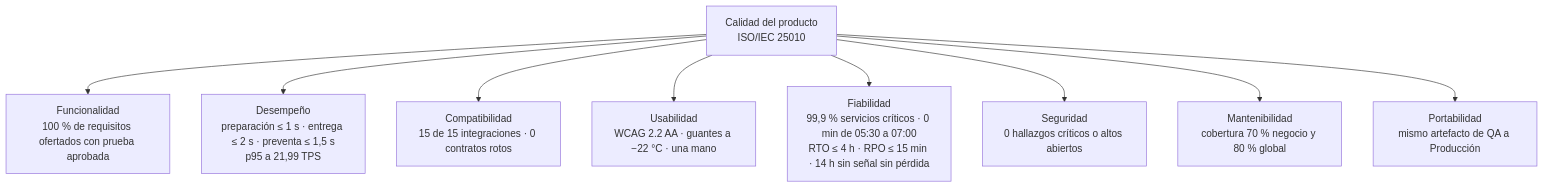
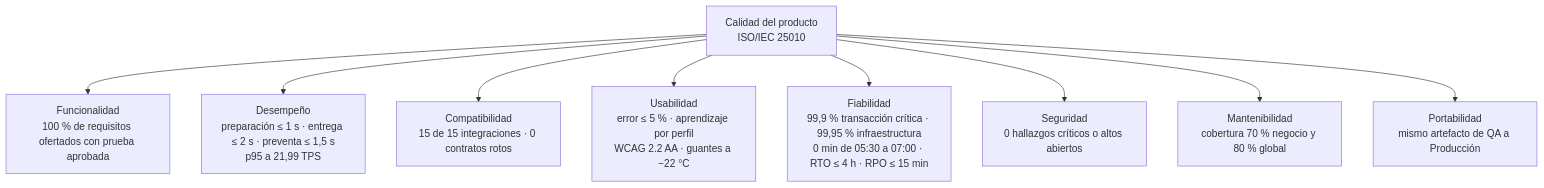
One commit to PatricioH315/LafroX changed the second of 9 diagrams in 09_plan_calidad/v_nueva/LAFROX-Subdocumento9.md. Above: the diagram before and after it, drawn with Mermaid. The commit also changed other lines of this file and 16 other files, not shown here.

````diff
--- a/09_plan_calidad/v_nueva/LAFROX-Subdocumento9.md
+++ b/09_plan_calidad/v_nueva/LAFROX-Subdocumento9.md
@@ -136,12 +136,12 @@
 ```mermaid
 flowchart TD
     Q["Calidad del producto<br/>ISO/IEC 25010"]
     Q --> F["Funcionalidad<br/>100 % de requisitos ofertados con prueba aprobada"]
     Q --> D["Desempeño<br/>preparación ≤ 1 s · entrega ≤ 2 s · preventa ≤ 1,5 s<br/>p95 a 21,99 TPS"]
     Q --> C["Compatibilidad<br/>15 de 15 integraciones · 0 contratos rotos"]
-    Q --> U["Usabilidad<br/>WCAG 2.2 AA · guantes a −22 °C · una mano"]
-    Q --> R["Fiabilidad<br/>99,9 % servicios críticos · 0 min de 05:30 a 07:00<br/>RTO ≤ 4 h · RPO ≤ 15 min · 14 h sin señal sin pérdida"]
+    Q --> U["Usabilidad<br/>error ≤ 5 % · aprendizaje por perfil<br/>WCAG 2.2 AA · guantes a −22 °C"]
+    Q --> R["Fiabilidad<br/>99,9 % transacción crítica · 99,95 % infraestructura<br/>0 min de 05:30 a 07:00 · RTO ≤ 4 h · RPO ≤ 15 min"]
     Q --> S["Seguridad<br/>0 hallazgos críticos o altos abiertos"]
     Q --> M["Mantenibilidad<br/>cobertura 70 % negocio y 80 % global"]
     Q --> P["Portabilidad<br/>mismo artefacto de QA a Producción"]
 ```
````
